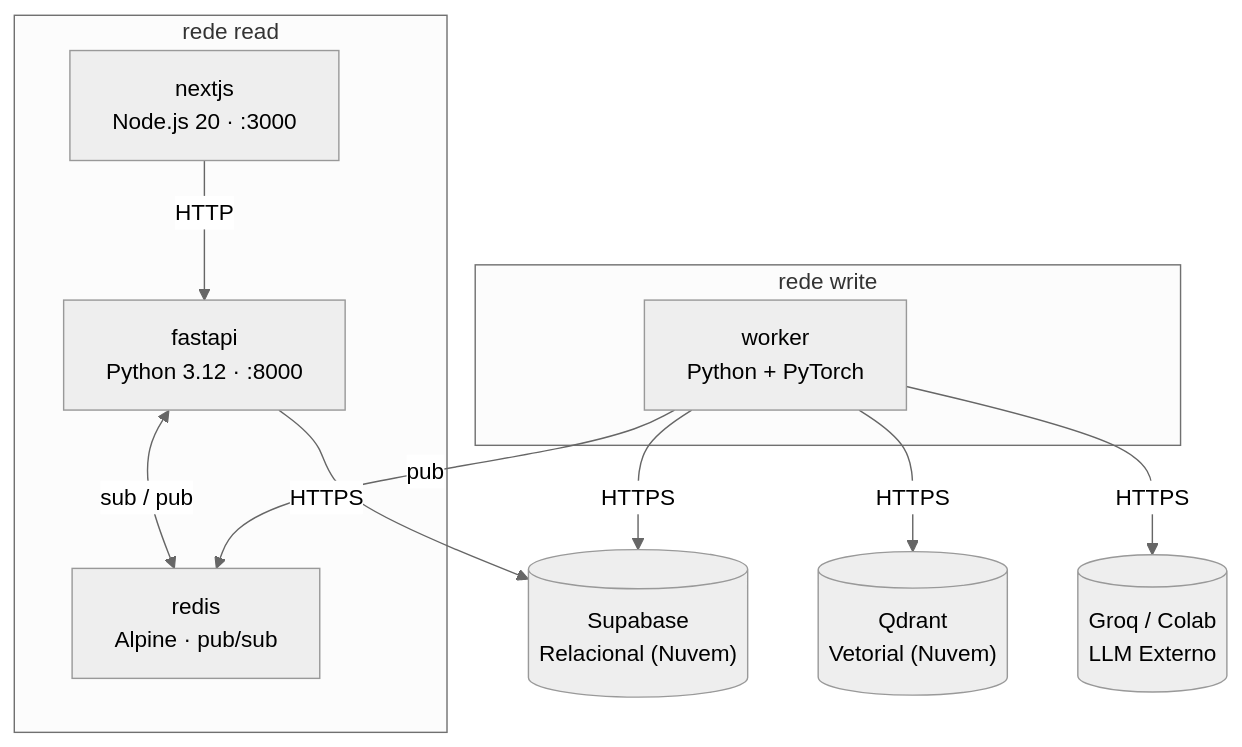
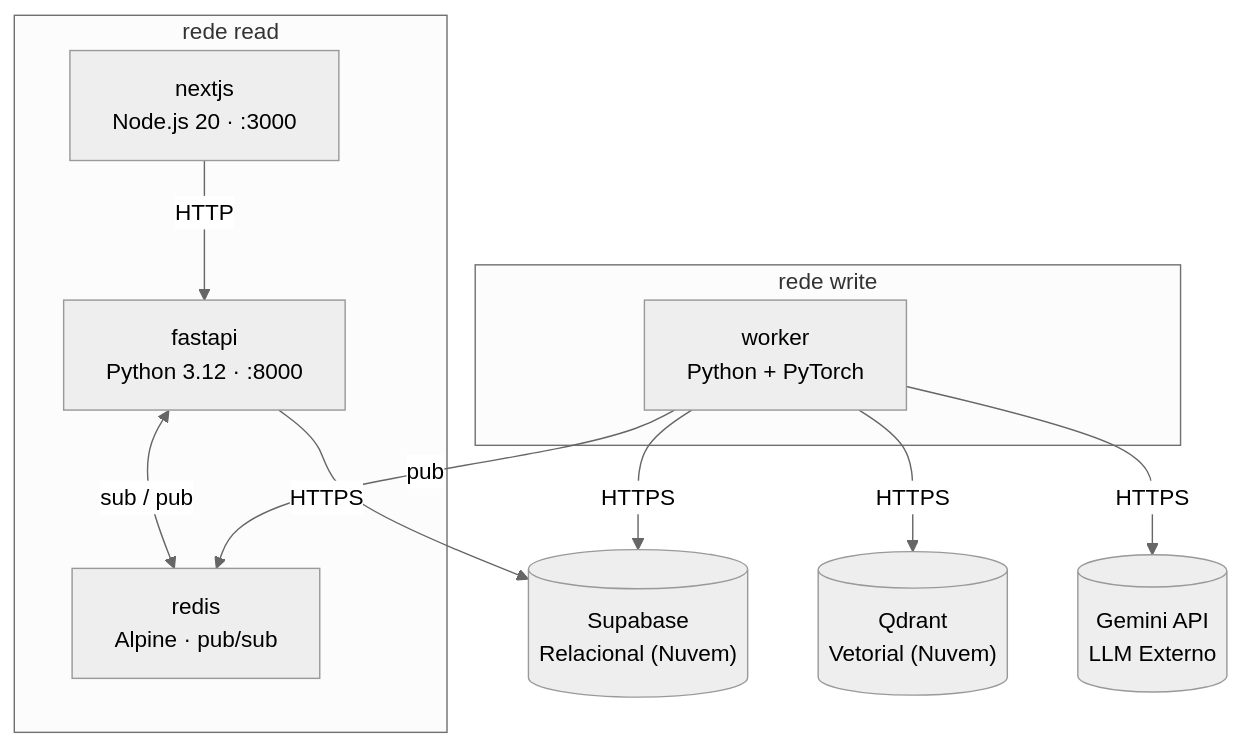
Before and after one commit to henriquemendeselias/2026.1-ContraDito: the diagram in docs/docs/execucao.md, drawn with Mermaid. The commit also changed other lines of this file and 5 other files, not shown here.

````diff
--- a/docs/docs/execucao.md
+++ b/docs/docs/execucao.md
@@ -36,26 +37,26 @@
 ```mermaid
 %%{init: {'theme': 'neutral'}}%%
 flowchart TB
     subgraph READ["rede read"]
         NX["nextjs\nNode.js 20 · :3000"]
         FA["fastapi\nPython 3.12 · :8000"]
         RD["redis\nAlpine · pub/sub"]
     end
 
     subgraph WRITE["rede write"]
         WK["worker\nPython + PyTorch"]
     end
 
     EXT1[("Supabase\nRelacional (Nuvem)")]
     EXT2[("Qdrant\nVetorial (Nuvem)")]
-    EXT3[("Groq / Colab\nLLM Externo")]
+    EXT3[("Gemini API\nLLM Externo")]
 
     NX -->|HTTP| FA
     FA <-->|sub / pub| RD
     WK -->|pub| RD
 
     FA -->|HTTPS| EXT1
     WK -->|HTTPS| EXT1
     WK -->|HTTPS| EXT2
     WK -->|HTTPS| EXT3
 ```
````
